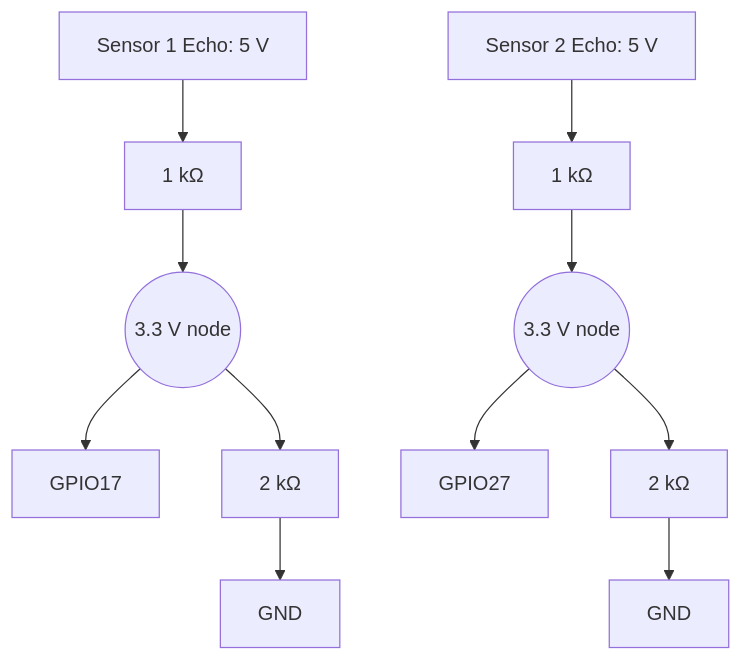
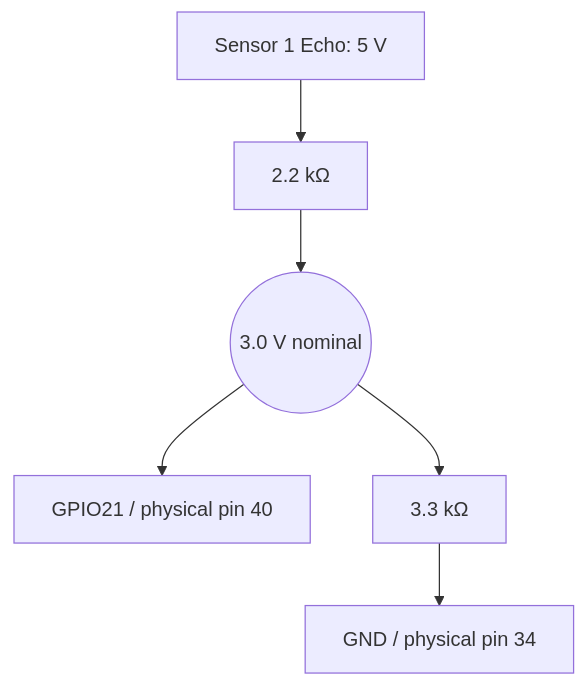
Before and after one commit to iria-param/puzzle-telemetry-rig: the third of 3 diagrams in README.md, drawn with Mermaid. The commit also changed other lines of this file and 10 other files, not shown here.

````diff
--- a/README.md
+++ b/README.md
@@ -51,13 +53,8 @@
 ```mermaid
 flowchart TB
-    S1E[Sensor 1 Echo: 5 V] --> R1[1 kΩ]
-    R1 --> N1((3.3 V node))
-    N1 --> G17[GPIO17]
-    N1 --> R2[2 kΩ]
-    R2 --> GND1[GND]
-    S2E[Sensor 2 Echo: 5 V] --> R3[1 kΩ]
-    R3 --> N2((3.3 V node))
-    N2 --> G27[GPIO27]
-    N2 --> R4[2 kΩ]
-    R4 --> GND2[GND]
+    S1E[Sensor 1 Echo: 5 V] --> R1[2.2 kΩ]
+    R1 --> N1((3.0 V nominal))
+    N1 --> G21[GPIO21 / physical pin 40]
+    N1 --> R2[3.3 kΩ]
+    R2 --> GND1[GND / physical pin 34]
 ```
````
